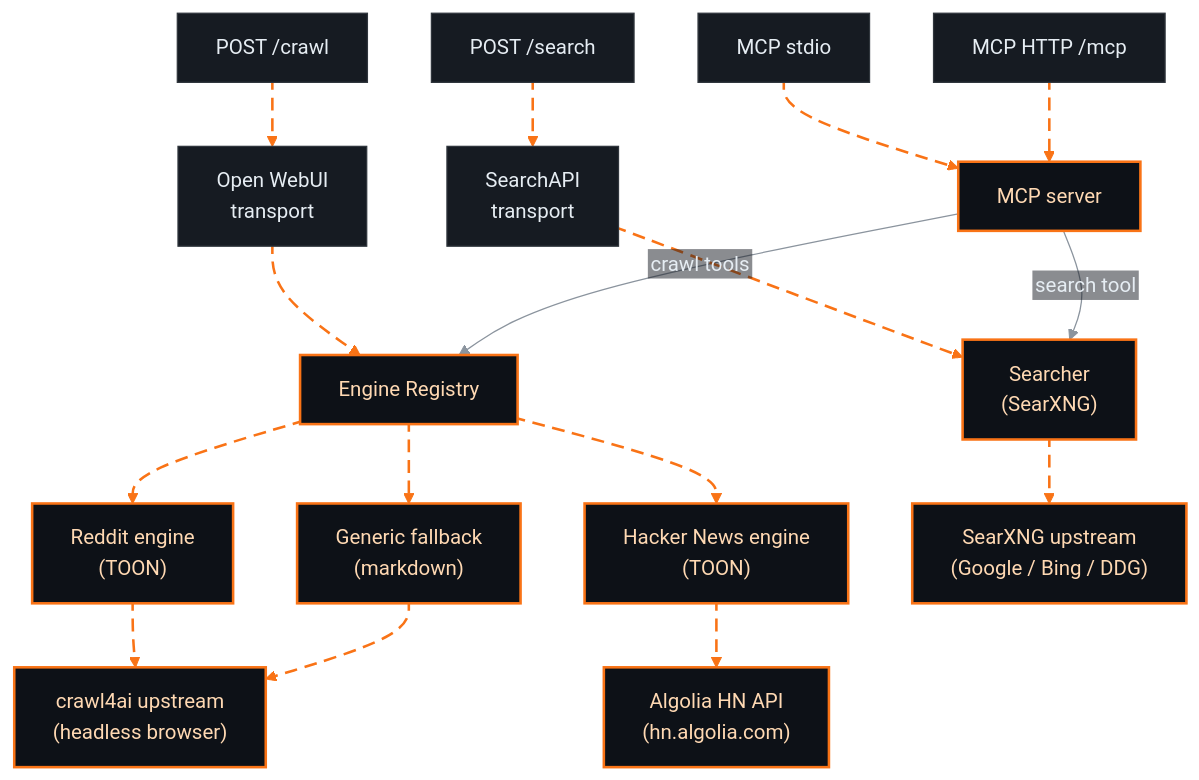
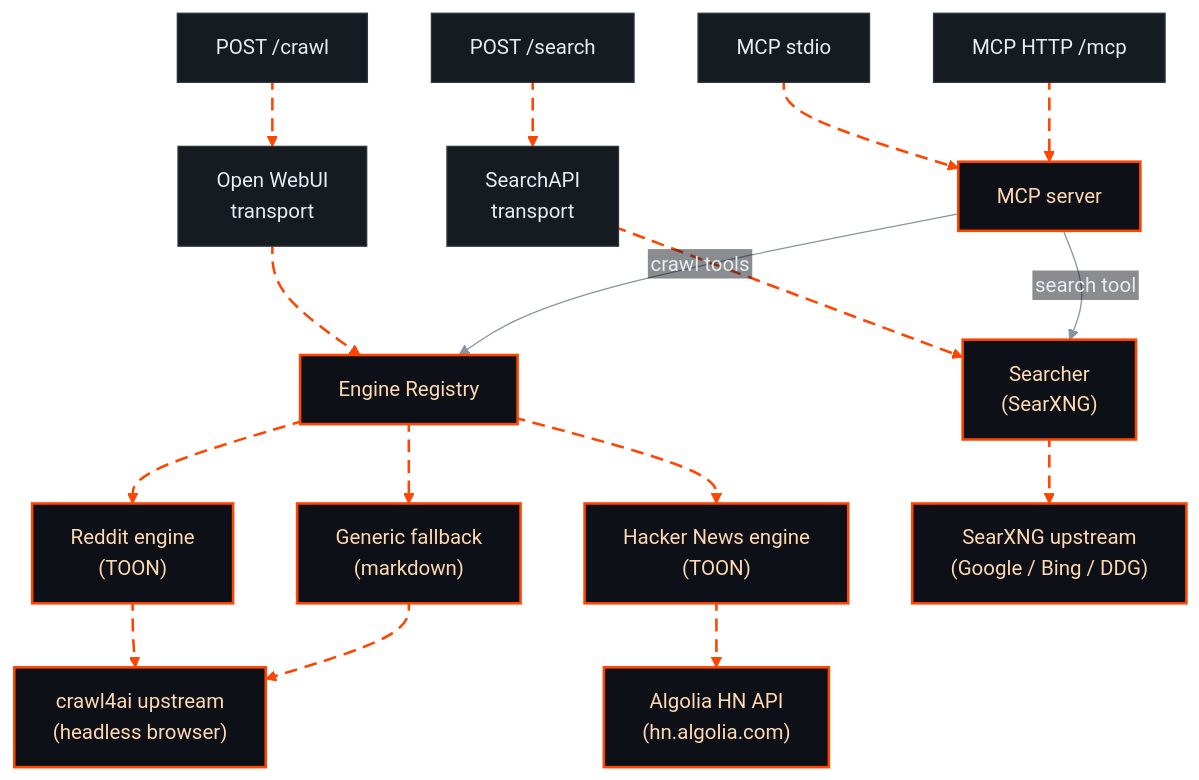
The diagram in README.md (kinorai/omnifeed), drawn with Mermaid before and after one commit. The commit also changed other lines of this file, not shown here.

First line of the commit message:
docs: recolor the README accent to Reddit's brand orange (#FF4500)

````diff
--- a/README.md
+++ b/README.md
@@ -178,28 +178,28 @@
 ```mermaid
-%%{init: {"theme":"base","themeVariables":{"background":"transparent","mainBkg":"#161b22","primaryColor":"#161b22","primaryTextColor":"#e6edf3","primaryBorderColor":"#F97316","lineColor":"#8b949e","secondaryColor":"#161b22","tertiaryColor":"#161b22"},"flowchart":{"curve":"basis","htmlLabels":false}}}%%
+%%{init: {"theme":"base","themeVariables":{"background":"transparent","mainBkg":"#161b22","primaryColor":"#161b22","primaryTextColor":"#e6edf3","primaryBorderColor":"#FF4500","lineColor":"#8b949e","secondaryColor":"#161b22","tertiaryColor":"#161b22"},"flowchart":{"curve":"basis","htmlLabels":false}}}%%
 flowchart TB
   crawl["POST /crawl"] e1@--> owt["Open WebUI<br/>transport"]
   search["POST /search"] e2@--> sat["SearchAPI<br/>transport"]
   mcpStdio["MCP stdio"] e3@--> mcp["MCP server"]
   mcpHTTP["MCP HTTP /mcp"] e4@--> mcp
 
   owt e5@--> reg["Engine Registry"]
   mcp -- crawl tools --> reg
   sat e6@--> searcher["Searcher<br/>(SearXNG)"]
   mcp -- search tool --> searcher
 
   reg e7@--> reddit["Reddit engine<br/>(TOON)"]
   reg e12@--> hn["Hacker News engine<br/>(TOON)"]
   reg e8@--> generic["Generic fallback<br/>(markdown)"]
   reddit e9@--> c4["crawl4ai upstream<br/>(headless browser)"]
   generic e10@--> c4
   hn e13@--> algolia["Algolia HN API<br/>(hn.algolia.com)"]
   searcher e11@--> sx["SearXNG upstream<br/>(Google / Bing / DDG)"]
 
   classDef box fill:#161b22,stroke:#30363d,stroke-width:1px,color:#e6edf3;
-  classDef accent fill:#0d1117,stroke:#F97316,stroke-width:2px,color:#ffd9b3;
-  classDef animate stroke:#F97316,stroke-width:2px,stroke-dasharray:10 6,stroke-dashoffset:900,animation:dash 14s linear infinite;
+  classDef accent fill:#0d1117,stroke:#FF4500,stroke-width:2px,color:#ffd9b3;
+  classDef animate stroke:#FF4500,stroke-width:2px,stroke-dasharray:10 6,stroke-dashoffset:900,animation:dash 14s linear infinite;
   class crawl,search,mcpStdio,mcpHTTP,owt,sat box;
   class mcp,reg,searcher,reddit,hn,generic,c4,sx,algolia accent;
   class e1,e2,e3,e4,e5,e6,e7,e8,e9,e10,e11,e12,e13 animate;
 ```
````
